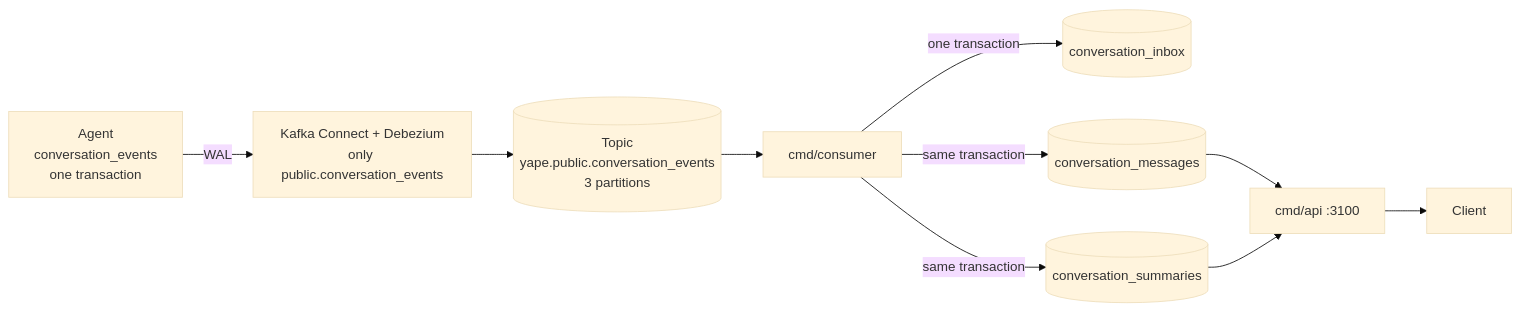
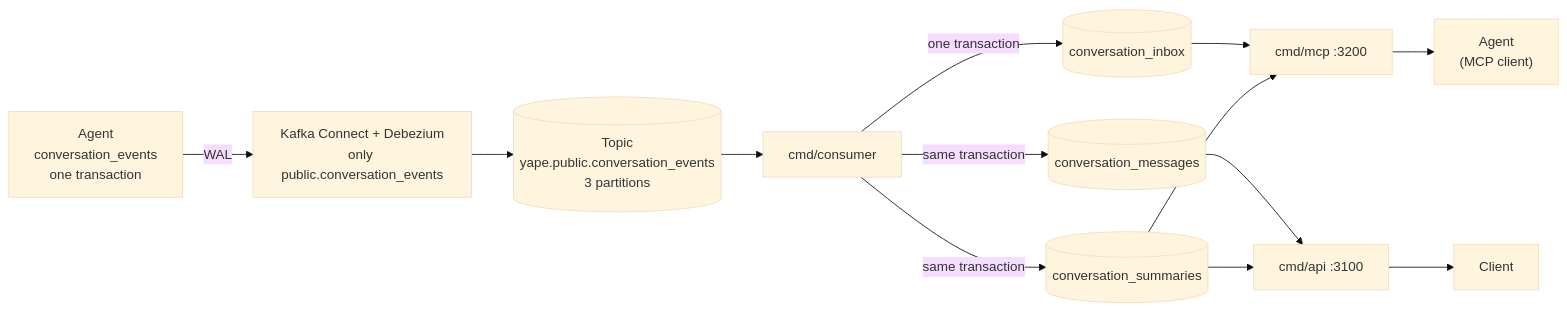
The diagram in README.md (m-almeida-p/ms-ml-conv-history-bs), drawn with Mermaid (base theme) before and after one commit. The commit also changed other lines of this file and 1 other file, not shown here.

First line of the commit message:
docs: describe the MCP server, its tools and the rules they follow

````diff
--- a/README.md
+++ b/README.md
@@ -10,12 +10,15 @@
 ```mermaid
 flowchart LR
     A["Agent<br/>conversation_events<br/>one transaction"] -->|"WAL"| D["Kafka Connect + Debezium<br/>only public.conversation_events"]
     D --> K[("Topic<br/>yape.public.conversation_events<br/>3 partitions")]
     K --> C["cmd/consumer"]
     C -->|"one transaction"| I[("conversation_inbox")]
     C -->|"same transaction"| M[("conversation_messages")]
     C -->|"same transaction"| S[("conversation_summaries")]
     M --> H["cmd/api :3100"]
     S --> H
     H --> U["Client"]
+    I --> G["cmd/mcp :3200"]
+    S --> G
+    G --> AG["Agent<br/>(MCP client)"]
 ```
````
